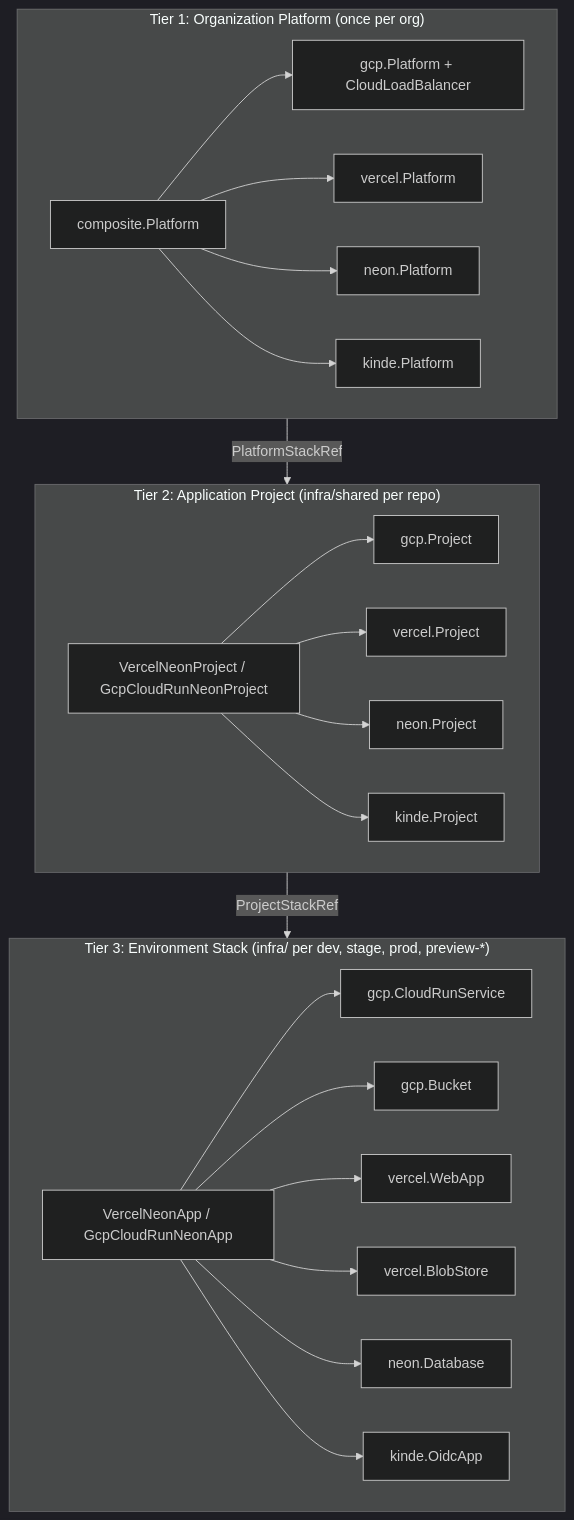
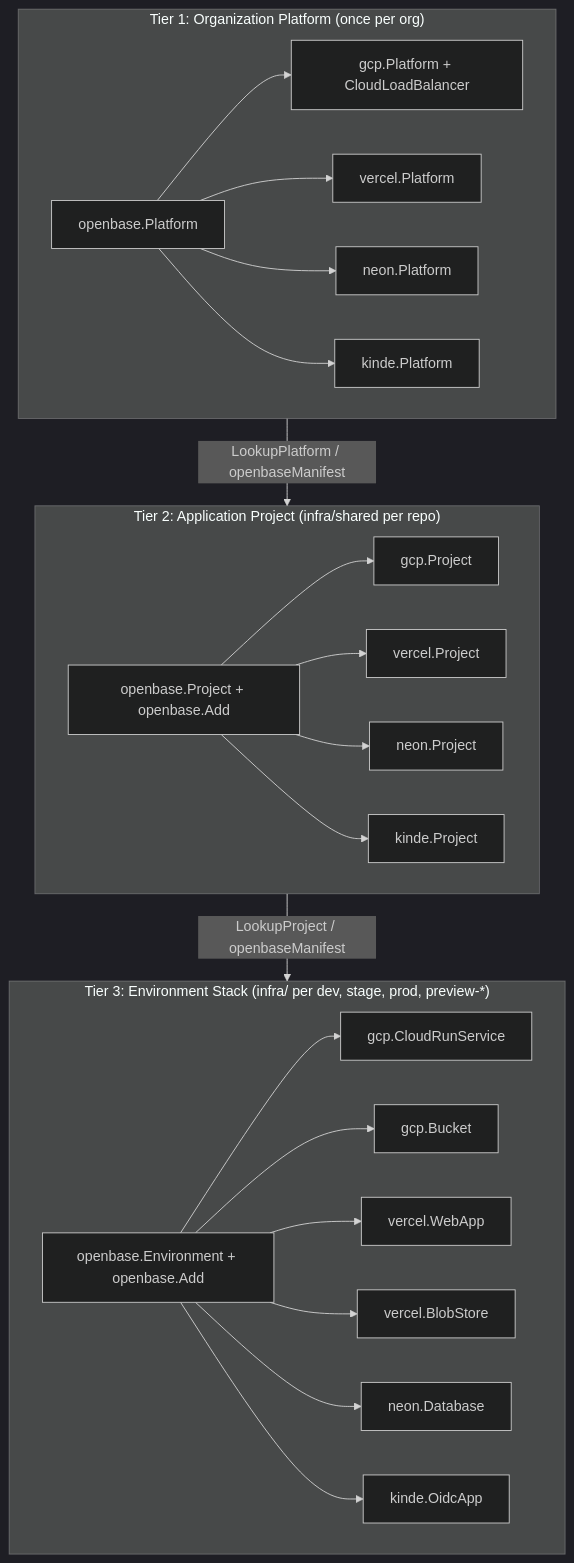
One commit to cloudvoyant/openbase changed the first of 2 diagrams in docs/architecture/index.md. Above: the diagram before and after it, drawn with Mermaid (dark theme). The commit also changed other lines of this file and 124 other files, not shown here.

First line of the commit message:
feat(components): unify platform, project, and environment scopes

````diff
--- a/docs/architecture/index.md
+++ b/docs/architecture/index.md
@@ -27,28 +27,28 @@
 ```mermaid
 flowchart TD
     subgraph Tier1["Tier 1: Organization Platform (once per org)"]
-        CompPlat["composite.Platform"] --> GCPPlat["gcp.Platform + CloudLoadBalancer"]
-        CompPlat --> VerPlat["vercel.Platform"]
-        CompPlat --> NeonPlat["neon.Platform"]
-        CompPlat --> KindePlat["kinde.Platform"]
+        OrgScope["openbase.Platform"] --> GCPPlat["gcp.Platform + CloudLoadBalancer"]
+        OrgScope --> VerPlat["vercel.Platform"]
+        OrgScope --> NeonPlat["neon.Platform"]
+        OrgScope --> KindePlat["kinde.Platform"]
     end
 
     subgraph Tier2["Tier 2: Application Project (infra/shared per repo)"]
-        CompProj["VercelNeonProject / GcpCloudRunNeonProject"] --> GCPProj["gcp.Project"]
-        CompProj --> VerProj["vercel.Project"]
-        CompProj --> NeonProj["neon.Project"]
-        CompProj --> KindeProj["kinde.Project"]
+        ProjScope["openbase.Project + openbase.Add"] --> GCPProj["gcp.Project"]
+        ProjScope --> VerProj["vercel.Project"]
+        ProjScope --> NeonProj["neon.Project"]
+        ProjScope --> KindeProj["kinde.Project"]
     end
 
     subgraph Tier3["Tier 3: Environment Stack (infra/ per dev, stage, prod, preview-*)"]
-        CompApp["VercelNeonApp / GcpCloudRunNeonApp"] --> CR["gcp.CloudRunService"]
-        CompApp --> Bkt["gcp.Bucket"]
-        CompApp --> Web["vercel.WebApp"]
-        CompApp --> Blob["vercel.BlobStore"]
-        CompApp --> DB["neon.Database"]
-        CompApp --> OIDC["kinde.OidcApp"]
+        EnvScope["openbase.Environment + openbase.Add"] --> CR["gcp.CloudRunService"]
+        EnvScope --> Bkt["gcp.Bucket"]
+        EnvScope --> Web["vercel.WebApp"]
+        EnvScope --> Blob["vercel.BlobStore"]
+        EnvScope --> DB["neon.Database"]
+        EnvScope --> OIDC["kinde.OidcApp"]
     end
 
-    Tier1 -->|"PlatformStackRef"| Tier2
-    Tier2 -->|"ProjectStackRef"| Tier3
+    Tier1 -->|"LookupPlatform / openbaseManifest"| Tier2
+    Tier2 -->|"LookupProject / openbaseManifest"| Tier3
 ```
````
